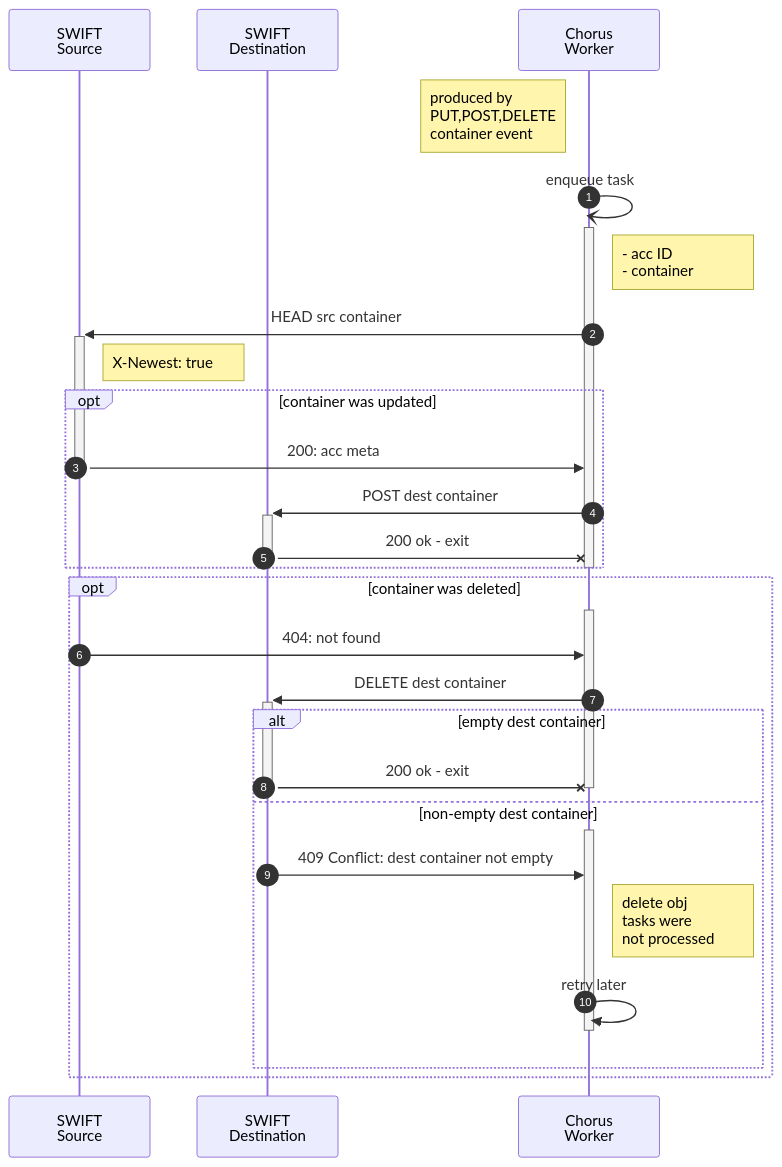
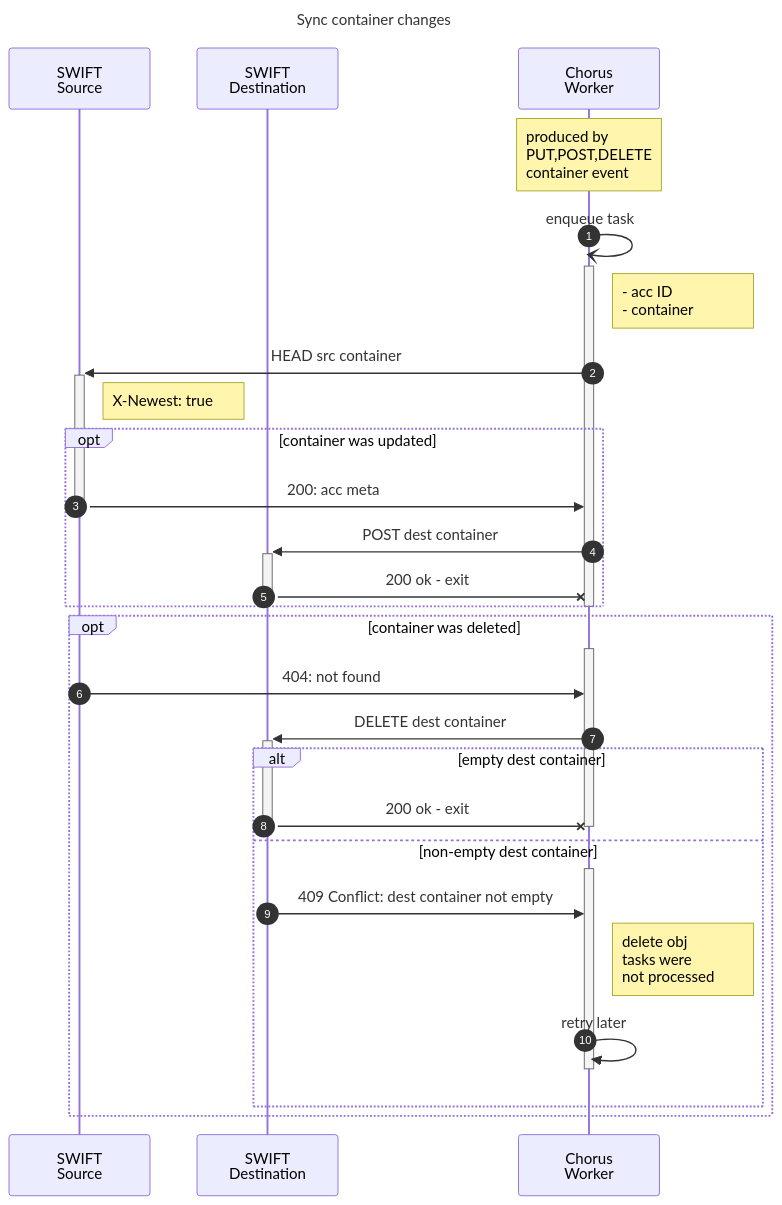
The third of 6 diagrams in docs/swift-migration.md (clyso/chorus), drawn with Mermaid before and after one commit. The commit also changed other lines of this file, not shown here.

Commit message:
swift live migration flow docs

````diff
--- a/docs/swift-migration.md
+++ b/docs/swift-migration.md
@@ -59,38 +96,41 @@
 ```mermaid
+---
+title: Sync container changes
+--- 
  %%{init: { 'sequence': {'noteAlign':'left'} } }%%
 sequenceDiagram
     autonumber
     Participant s as SWIFT<br>Source
     Participant d as SWIFT<br>Destination
     Participant w as Chorus<br>Worker
 
-    note left of w: produced by<br>PUT,POST,DELETE<br>container event
+    note over w: produced by<br>PUT,POST,DELETE<br>container event
     w-)w: enqueue task
     activate w
     Note right of w: - acc ID<br>- container
     w->>+s: HEAD src container
     note right of s: X-Newest: true
 
     opt container was updated
       s->>-w: 200: acc meta
       w->>+d: POST dest container
       d-x-w: 200 ok - exit
     end
     deactivate w
 
     opt container was deleted
       activate w
       s->>w: 404: not found
       w->>+d: DELETE dest container
       alt empty dest container
         d-x-w: 200 ok - exit
         deactivate w
       else non-empty dest container
         activate w
         d->>w: 409 Conflict: dest container not empty
         note right of w: delete obj<br>tasks were<br>not processed
         w->>w: retry later
         deactivate w
       end
     end
 ```
````
